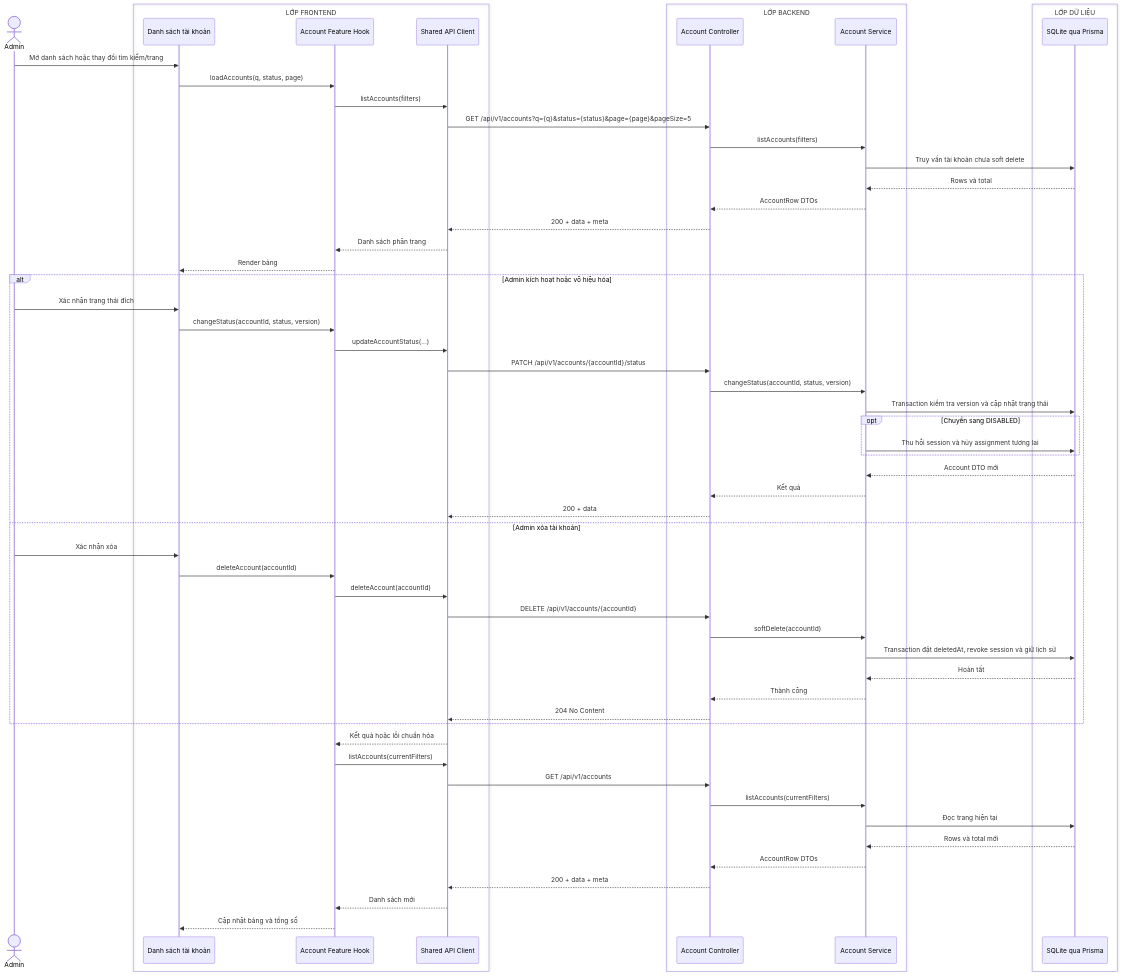
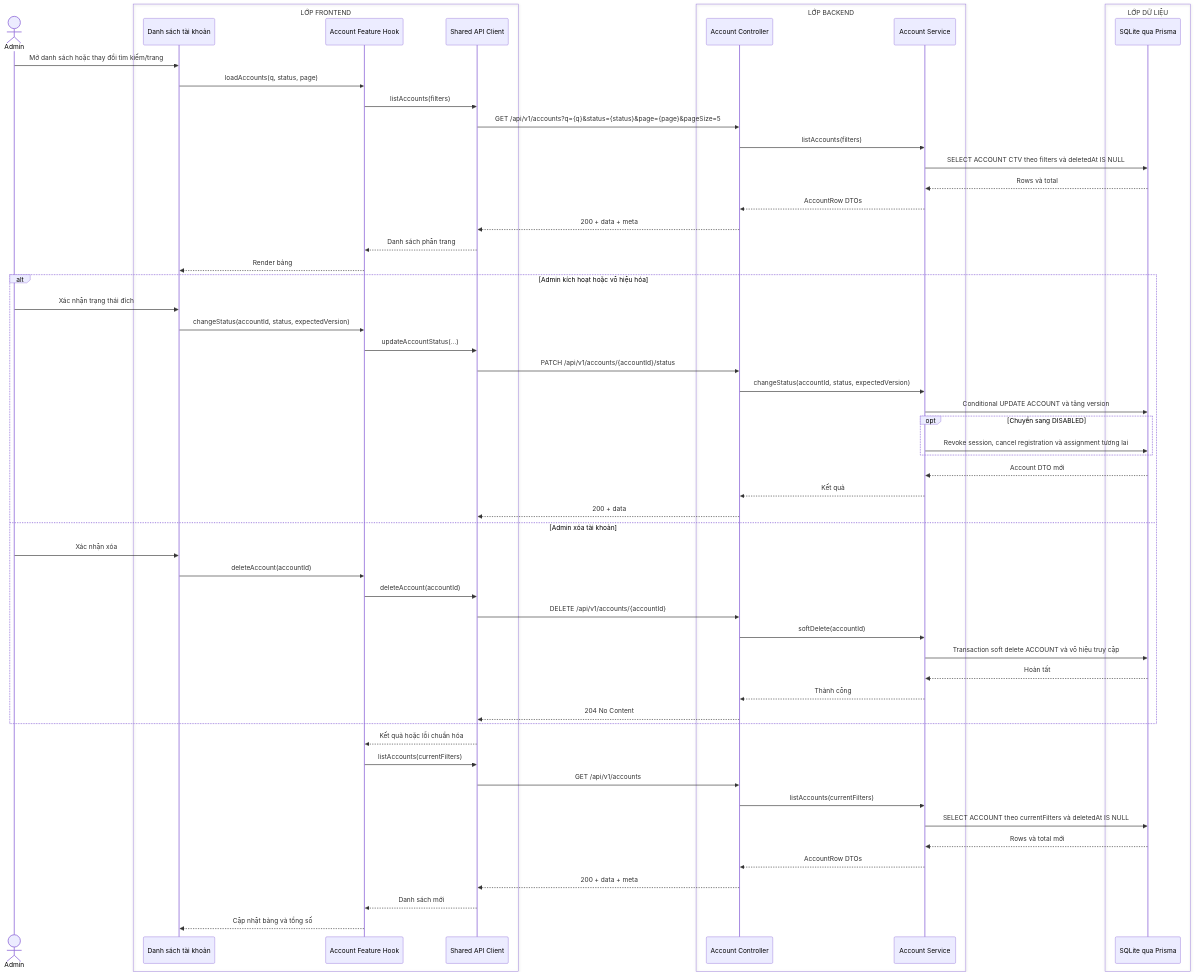
Before and after one commit to MINHDZVODICH/ctv-manage: the diagram in docs/sequence-diagrams/09-quan-ly-tai-khoan.md, drawn with Mermaid. The commit also changed other lines of this file and 227 other files, not shown here.

````diff
--- a/docs/sequence-diagrams/09-quan-ly-tai-khoan.md
+++ b/docs/sequence-diagrams/09-quan-ly-tai-khoan.md
@@ -5,64 +5,64 @@
 ```mermaid
 sequenceDiagram
     actor A as Admin
     box LỚP FRONTEND
         participant UI as Danh sách tài khoản
         participant H as Account Feature Hook
         participant API as Shared API Client
     end
     box LỚP BACKEND
         participant C as Account Controller
         participant S as Account Service
     end
     box LỚP DỮ LIỆU
         participant DB as SQLite qua Prisma
     end
 
     A->>UI: Mở danh sách hoặc thay đổi tìm kiếm/trang
     UI->>H: loadAccounts(q, status, page)
     H->>API: listAccounts(filters)
     API->>C: GET /api/v1/accounts?q={q}&status={status}&page={page}&pageSize=5
     C->>S: listAccounts(filters)
-    S->>DB: Truy vấn tài khoản chưa soft delete
+    S->>DB: SELECT ACCOUNT CTV theo filters và deletedAt IS NULL
     DB-->>S: Rows và total
     S-->>C: AccountRow DTOs
     C-->>API: 200 + data + meta
     API-->>H: Danh sách phân trang
     H-->>UI: Render bảng
 
     alt Admin kích hoạt hoặc vô hiệu hóa
         A->>UI: Xác nhận trạng thái đích
-        UI->>H: changeStatus(accountId, status, version)
+        UI->>H: changeStatus(accountId, status, expectedVersion)
         H->>API: updateAccountStatus(...)
         API->>C: PATCH /api/v1/accounts/{accountId}/status
-        C->>S: changeStatus(accountId, status, version)
-        S->>DB: Transaction kiểm tra version và cập nhật trạng thái
+        C->>S: changeStatus(accountId, status, expectedVersion)
+        S->>DB: Conditional UPDATE ACCOUNT và tăng version
         opt Chuyển sang DISABLED
-            S->>DB: Thu hồi session và hủy assignment tương lai
+            S->>DB: Revoke session, cancel registration và assignment tương lai
         end
         DB-->>S: Account DTO mới
         S-->>C: Kết quả
         C-->>API: 200 + data
     else Admin xóa tài khoản
         A->>UI: Xác nhận xóa
         UI->>H: deleteAccount(accountId)
         H->>API: deleteAccount(accountId)
         API->>C: DELETE /api/v1/accounts/{accountId}
         C->>S: softDelete(accountId)
-        S->>DB: Transaction đặt deletedAt, revoke session và giữ lịch sử
+        S->>DB: Transaction soft delete ACCOUNT và vô hiệu truy cập
         DB-->>S: Hoàn tất
         S-->>C: Thành công
         C-->>API: 204 No Content
     end
 
     API-->>H: Kết quả hoặc lỗi chuẩn hóa
     H->>API: listAccounts(currentFilters)
     API->>C: GET /api/v1/accounts
     C->>S: listAccounts(currentFilters)
-    S->>DB: Đọc trang hiện tại
+    S->>DB: SELECT ACCOUNT theo currentFilters và deletedAt IS NULL
     DB-->>S: Rows và total mới
     S-->>C: AccountRow DTOs
     C-->>API: 200 + data + meta
     API-->>H: Danh sách mới
     H-->>UI: Cập nhật bảng và tổng số
 ```
````
